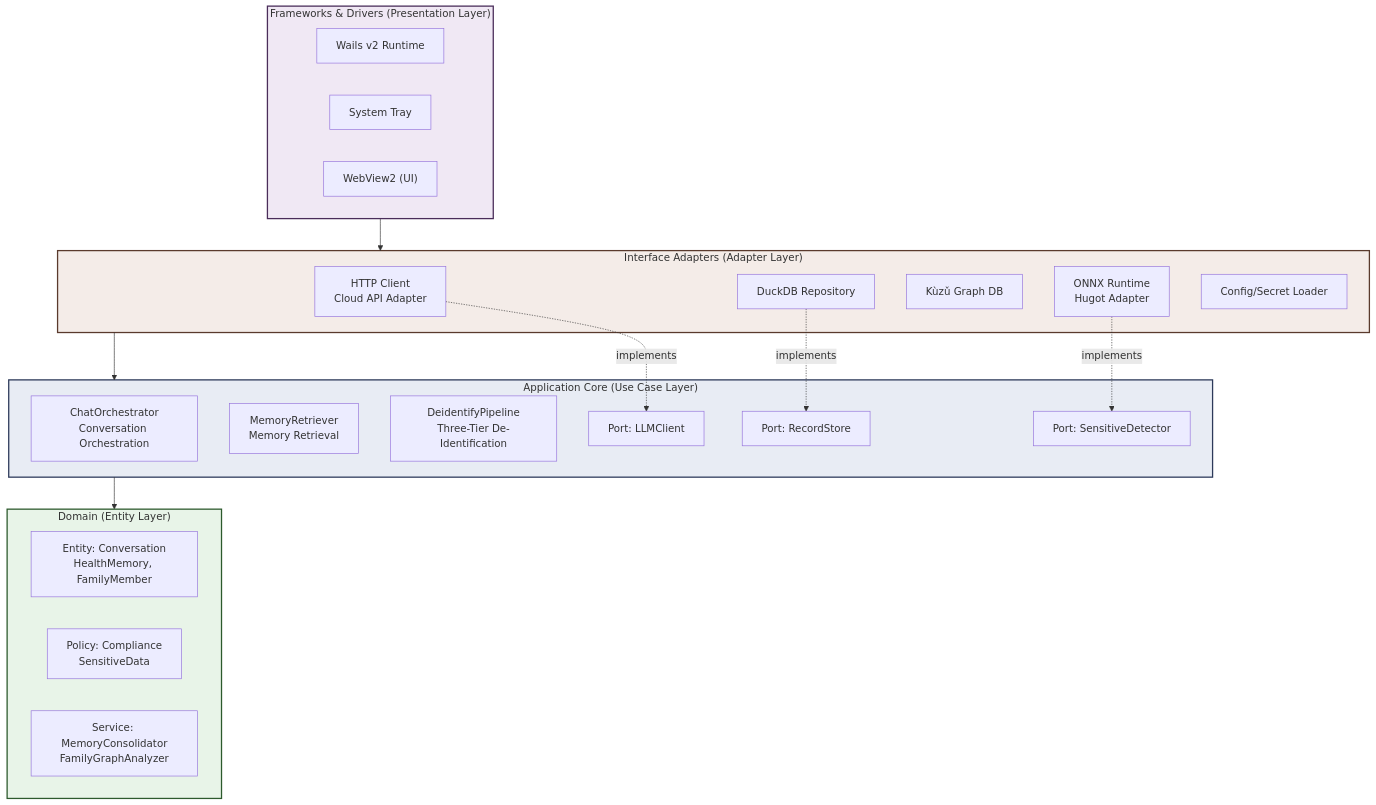
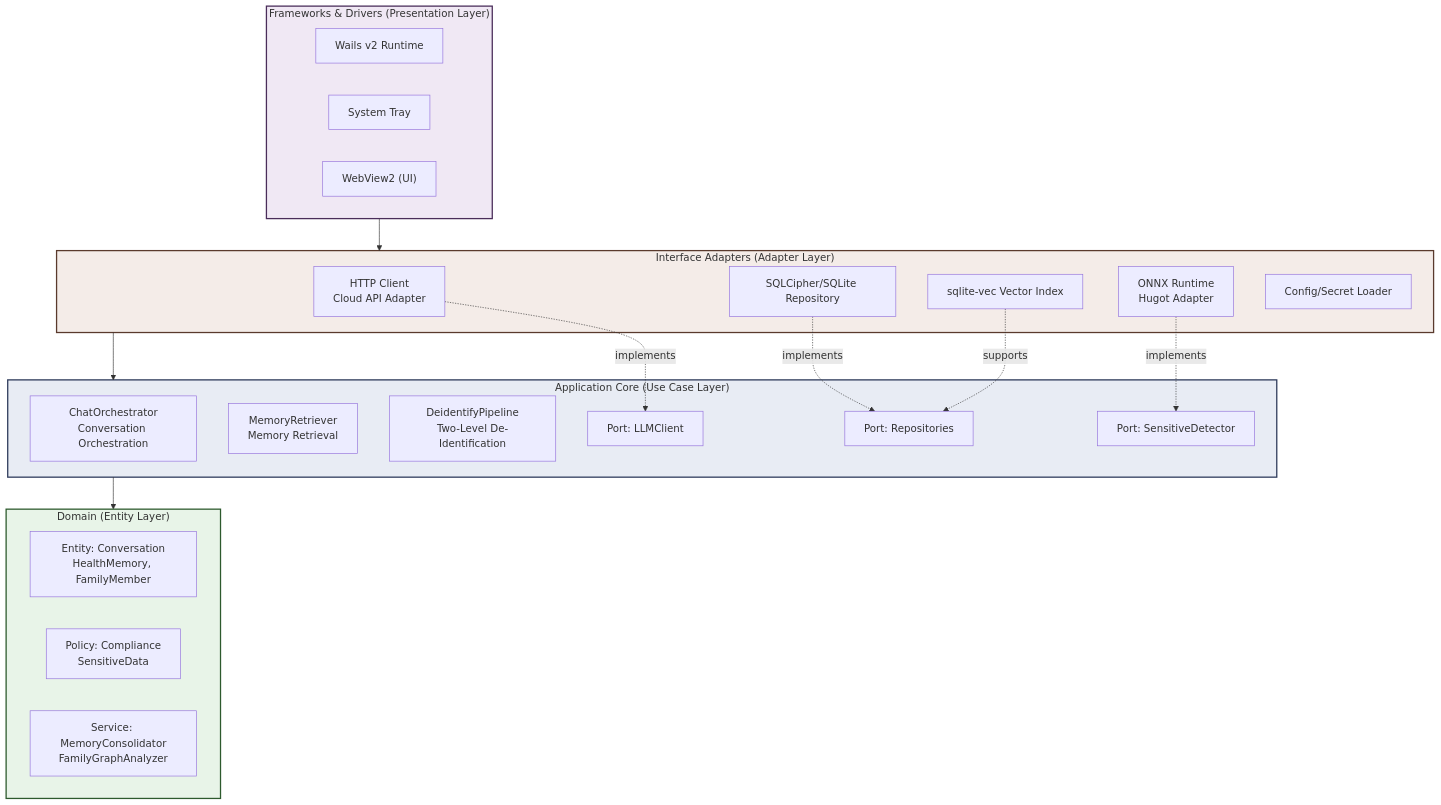
The diagram in docs/ARCHITECTURE.md (hzhan516/medmemo), drawn with Mermaid before and after one commit. The commit also changed other lines of this file and 79 other files, not shown here.

Commit message:
docs: align documentation with current architecture

````diff
--- a/docs/ARCHITECTURE.md
+++ b/docs/ARCHITECTURE.md
@@ -11,44 +11,45 @@
 ```mermaid
 flowchart TB
     subgraph FW["Frameworks & Drivers (Presentation Layer)"]
         WAILS["Wails v2 Runtime"]
         TRAY["System Tray"]
         WEBVIEW["WebView2 (UI)"]
     end
 
     subgraph ADPT["Interface Adapters (Adapter Layer)"]
         HTTP["HTTP Client<br/>Cloud API Adapter"]
-        DUCK["DuckDB Repository"]
-        KUZU["Kùzǔ Graph DB"]
+        SQL["SQLCipher/SQLite Repository"]
+        VEC["sqlite-vec Vector Index"]
         ONNX["ONNX Runtime<br/>Hugot Adapter"]
         CFG["Config/Secret Loader"]
     end
 
     subgraph APP["Application Core (Use Case Layer)"]
         UC_CHAT["ChatOrchestrator<br/>Conversation Orchestration"]
         UC_MEM["MemoryRetriever<br/>Memory Retrieval"]
-        PIPE["DeidentifyPipeline<br/>Three-Tier De-Identification"]
+        PIPE["DeidentifyPipeline<br/>Two-Level De-Identification"]
         PORT_LLM["Port: LLMClient"]
-        PORT_DB["Port: RecordStore"]
+        PORT_DB["Port: Repositories"]
         PORT_DET["Port: SensitiveDetector"]
     end
 
     subgraph DOM["Domain (Entity Layer)"]
         ENT["Entity: Conversation<br/>HealthMemory, FamilyMember"]
         POLICY["Policy: Compliance<br/>SensitiveData"]
         SVC["Service: MemoryConsolidator<br/>FamilyGraphAnalyzer"]
     end
 
     FW --> ADPT
     ADPT --> APP
     APP --> DOM
 
     HTTP -. implements .-> PORT_LLM
-    DUCK -. implements .-> PORT_DB
+    SQL -. implements .-> PORT_DB
+    VEC -. supports .-> PORT_DB
     ONNX -. implements .-> PORT_DET
 
     style DOM fill:#e8f4e8,stroke:#2d5a2d,stroke-width:2px
     style APP fill:#e8ecf4,stroke:#2d3a5a,stroke-width:2px
     style ADPT fill:#f4ece8,stroke:#5a3a2d,stroke-width:2px
     style FW fill:#f0e8f4,stroke:#4a2d5a,stroke-width:2px
 ```
````
